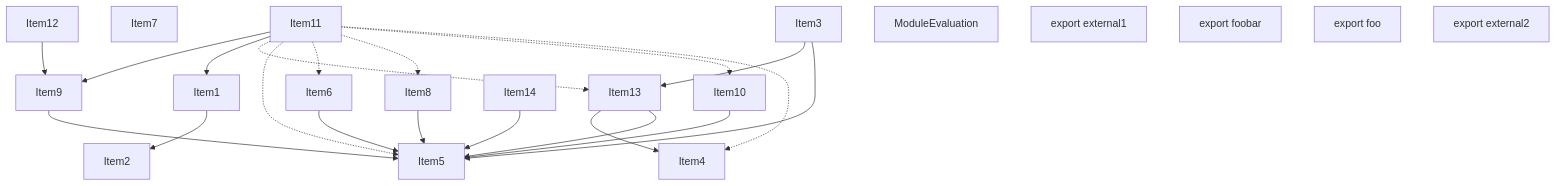
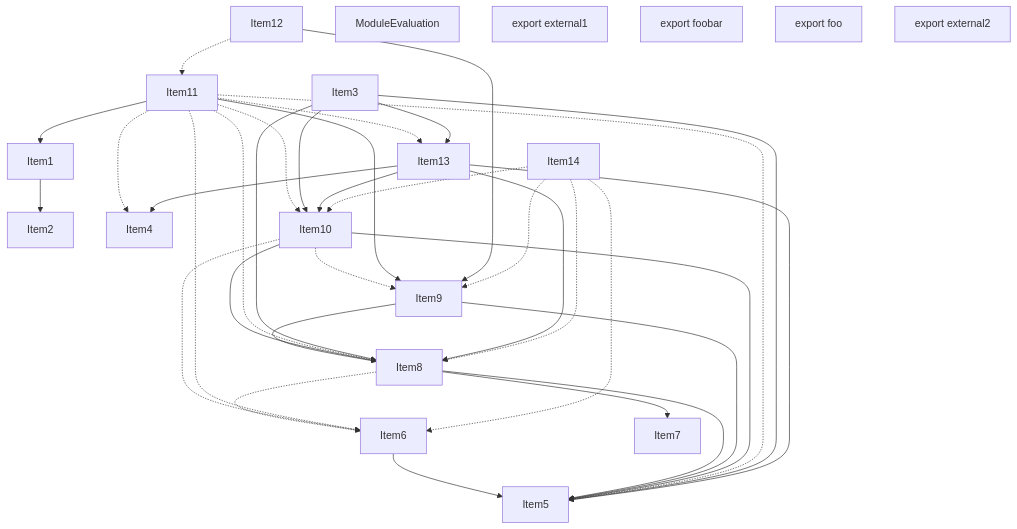
One commit to vercel/turborepo changed the third of 4 diagrams in crates/turbopack-ecmascript/tests/tree-shaker/analyzer/2/output.md. Above: the diagram before and after it, drawn with Mermaid. The commit also changed other lines of this file and 2 other files, not shown here.

````diff
--- a/crates/turbopack-ecmascript/tests/tree-shaker/analyzer/2/output.md
+++ b/crates/turbopack-ecmascript/tests/tree-shaker/analyzer/2/output.md
@@ -216,46 +226,60 @@
 ```mermaid
 graph TD
     Item3;
     Item2;
     Item4;
     Item5;
     Item6;
     Item7;
     Item8;
     Item9;
     Item10;
     Item11;
     Item12;
     Item13;
     Item14;
     Item1;
     Item15;
     Item15["ModuleEvaluation"];
     Item16;
     Item16["export external1"];
     Item17;
     Item17["export foobar"];
     Item18;
     Item18["export foo"];
     Item19;
     Item19["export external2"];
     Item1 --> Item2;
     Item6 --> Item5;
+    Item8 --> Item7;
     Item8 --> Item5;
+    Item8 -.-> Item6;
     Item9 --> Item5;
+    Item9 --> Item8;
     Item10 --> Item5;
+    Item10 --> Item8;
+    Item10 -.-> Item6;
+    Item10 -.-> Item9;
     Item11 --> Item9;
     Item11 --> Item1;
     Item11 -.-> Item13;
     Item11 -.-> Item5;
-    Item11 -.-> Item6;
     Item11 -.-> Item8;
     Item11 -.-> Item10;
+    Item11 -.-> Item6;
     Item11 -.-> Item4;
     Item12 --> Item9;
+    Item12 -.-> Item11;
     Item3 --> Item13;
     Item3 --> Item5;
+    Item3 --> Item8;
+    Item3 --> Item10;
     Item13 --> Item4;
     Item13 --> Item5;
-    Item14 --> Item5;
+    Item13 --> Item8;
+    Item13 --> Item10;
+    Item14 -.-> Item6;
+    Item14 -.-> Item8;
+    Item14 -.-> Item9;
+    Item14 -.-> Item10;
 ```
````
